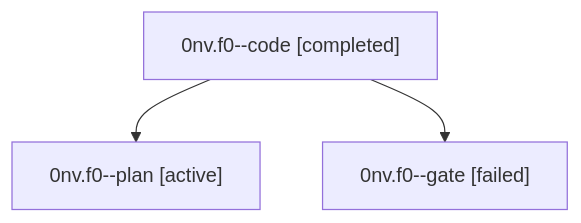
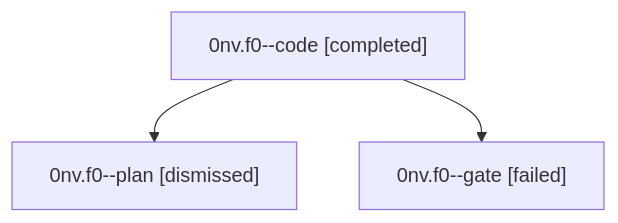
The diagram in sessions/bbugyi200.athena.0nv.f0.md (sase-org/sase--agents), drawn with Mermaid before and after one commit. The commit also changed other lines of this file and 36 other files, not shown here.

````diff
--- a/sessions/bbugyi200.athena.0nv.f0.md
+++ b/sessions/bbugyi200.athena.0nv.f0.md
@@ -9,8 +9,8 @@
 ```mermaid
 flowchart TD
   n0["0nv.f0--code [completed]"]
-  n1["0nv.f0--plan [active]"]
+  n1["0nv.f0--plan [dismissed]"]
   n0 --> n1
   n2["0nv.f0--gate [failed]"]
   n0 --> n2
 ```
````
